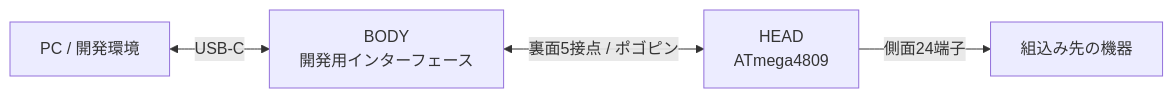
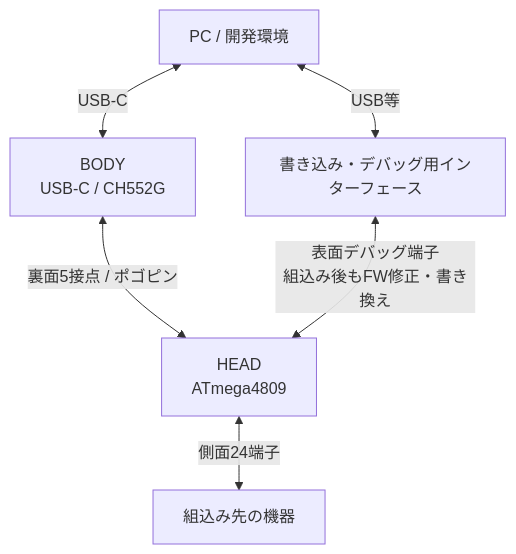
One commit to ymmtynk/BARONDUINO_EVERY changed the first of 2 diagrams in README.md. Above: the diagram before and after it, drawn with Mermaid. The commit also changed other lines of this file, not shown here.

Commit message:
docs: show separate in-system debug programming path in diagrams

````diff
--- a/README.md
+++ b/README.md
@@ -23,6 +23,15 @@
 ```mermaid
-flowchart LR
-    PC["PC / 開発環境"] <-->|USB-C| BODY["BODY<br/>開発用インターフェース"]
-    BODY <-->|裏面5接点 / ポゴピン| HEAD["HEAD<br/>ATmega4809"]
-    HEAD -->|側面24端子| DEVICE["組込み先の機器"]
+flowchart TB
+    PC["PC / 開発環境"]
+    BODY["BODY<br/>USB-C / CH552G"]
+    HEAD["HEAD<br/>ATmega4809"]
+    DEVICE["組込み先の機器"]
+    ADAPTER["書き込み・デバッグ用インターフェース"]
+
+    PC <-->|USB-C| BODY
+    BODY <-->|裏面5接点 / ポゴピン| HEAD
+    HEAD <-->|側面24端子| DEVICE
+
+    PC <-->|USB等| ADAPTER
+    ADAPTER <-->|表面デバッグ端子<br/>組込み後もFW修正・書き換え| HEAD
 ```
````
